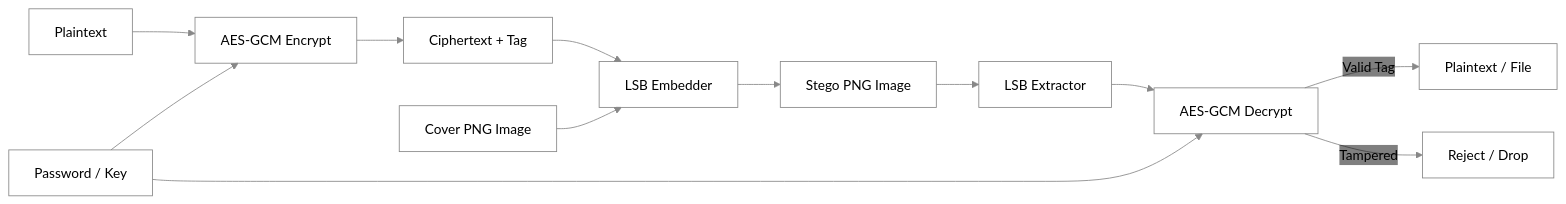
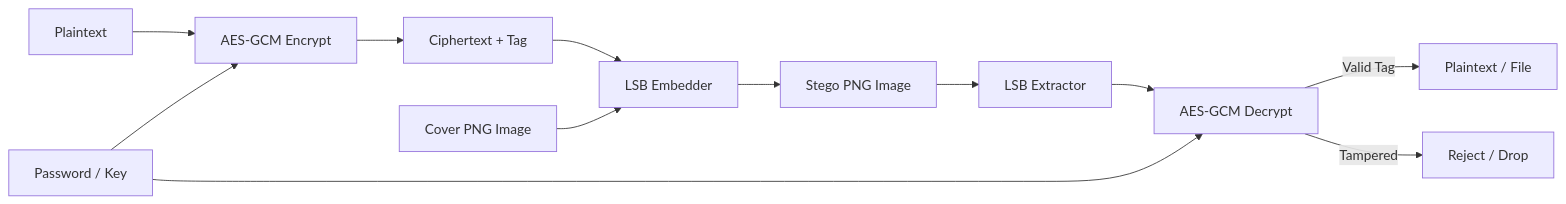
The diagram in README.md (Rijzzz/StegoCrypt), drawn with Mermaid before and after one commit.

Commit message:
Update README.md Flowchart

````diff
--- a/README.md
+++ b/README.md
@@ -12,15 +12,14 @@
 ```mermaid
-%%{init: {'theme': 'base', 'themeVariables': {'primaryColor': 'transparent', 'primaryBorderColor': '#888', 'primaryTextColor': '#000', 'lineColor': '#888', 'background': 'transparent'}}}%%
 flowchart LR
     Plaintext --> Encrypt[AES-GCM Encrypt]
     Password[Password / Key] --> Encrypt
     Encrypt --> Ciphertext[Ciphertext + Tag]
     Ciphertext --> Embed[LSB Embedder]
     Carrier[Cover PNG Image] --> Embed
     Embed --> StegoImage[Stego PNG Image]
     StegoImage --> Extract[LSB Extractor]
     Extract --> Decrypt[AES-GCM Decrypt]
     Password --> Decrypt
     Decrypt -->|Valid Tag| PlaintextRecovered[Plaintext / File]
     Decrypt -->|Tampered| Rejected[Reject / Drop]
 ```
````
